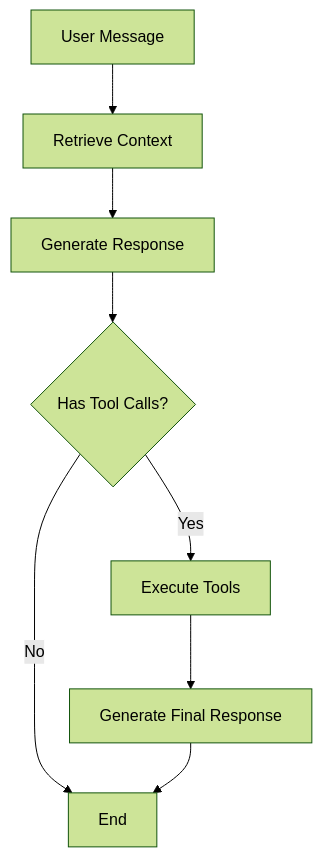
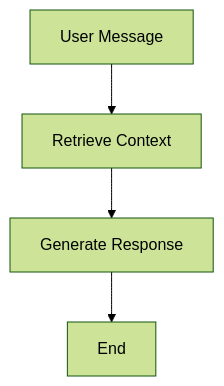
Before and after one commit to sdntsng/rhea: the diagram in README.md, drawn with Mermaid (forest theme). The commit also changed other lines of this file and 7 other files, not shown here.

````diff
--- a/README.md
+++ b/README.md
@@ -77,10 +74,6 @@
 ```mermaid
 graph TD
     A[User Message] --> B[Retrieve Context]
     B --> C[Generate Response]
-    C --> D{Has Tool Calls?}
-    D -->|Yes| E[Execute Tools]
-    D -->|No| F[End]
-    E --> G[Generate Final Response]
-    G --> F[End]
+    C --> F[End]
 ```
````
